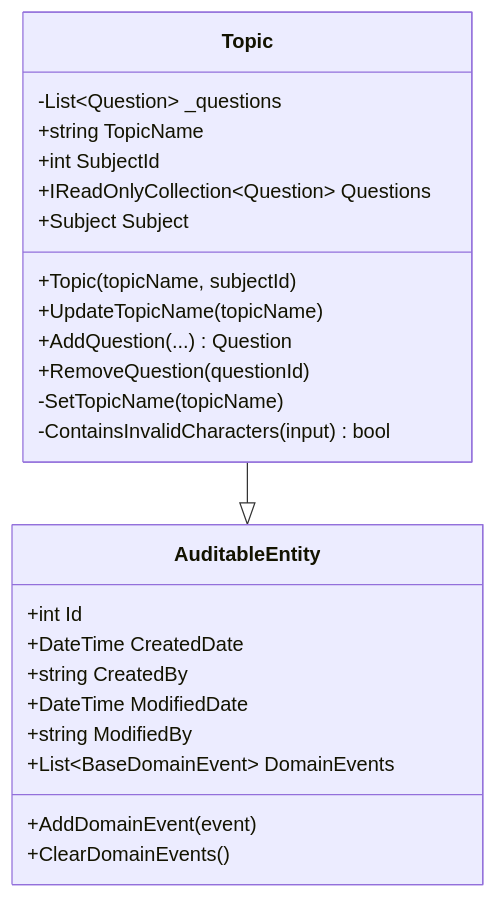
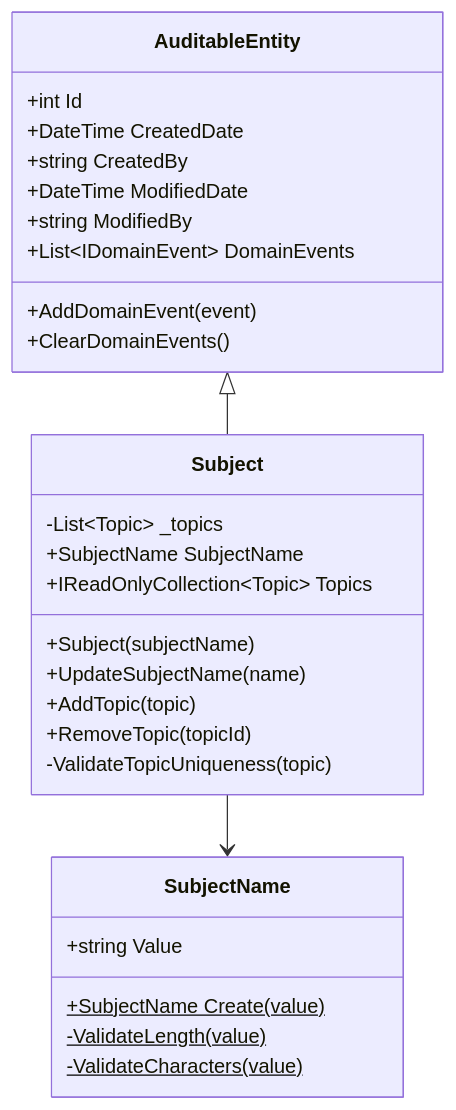
One commit to nirmand/Wisgenix-AI changed the sixth of 13 diagrams in docs/low-level-design.md. Above: the diagram before and after it, drawn with Mermaid. The commit also changed other lines of this file and 3 other files, not shown here.

````diff
--- a/docs/low-level-design.md
+++ b/docs/low-level-design.md
@@ -111,29 +222,34 @@
 ```mermaid
 classDiagram
-    class Topic {
-        -List~Question~ _questions
-        +string TopicName
-        +int SubjectId
-        +IReadOnlyCollection~Question~ Questions
-        +Subject Subject
-        +Topic(topicName, subjectId)
-        +UpdateTopicName(topicName)
-        +AddQuestion(...) Question
-        +RemoveQuestion(questionId)
-        -SetTopicName(topicName)
-        -ContainsInvalidCharacters(input) bool
-    }
-    
     class AuditableEntity {
         +int Id
         +DateTime CreatedDate
         +string CreatedBy
         +DateTime ModifiedDate
         +string ModifiedBy
-        +List~BaseDomainEvent~ DomainEvents
+        +List~IDomainEvent~ DomainEvents
         +AddDomainEvent(event)
         +ClearDomainEvents()
     }
     
-    Topic --|> AuditableEntity
+    class Subject {
+        -List~Topic~ _topics
+        +SubjectName SubjectName
+        +IReadOnlyCollection~Topic~ Topics
+        +Subject(subjectName)
+        +UpdateSubjectName(name)
+        +AddTopic(topic)
+        +RemoveTopic(topicId)
+        -ValidateTopicUniqueness(topic)
+    }
+    
+    class SubjectName {
+        +string Value
+        +SubjectName Create(value)$
+        -ValidateLength(value)$
+        -ValidateCharacters(value)$
+    }
+    
+    AuditableEntity <|-- Subject
+    Subject --> SubjectName
 ```
````
